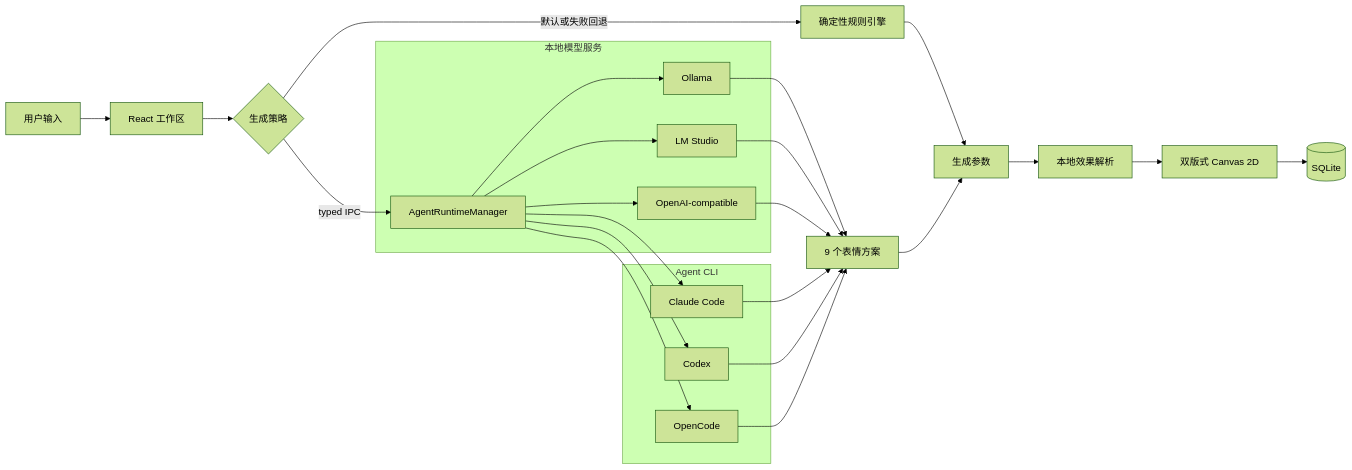
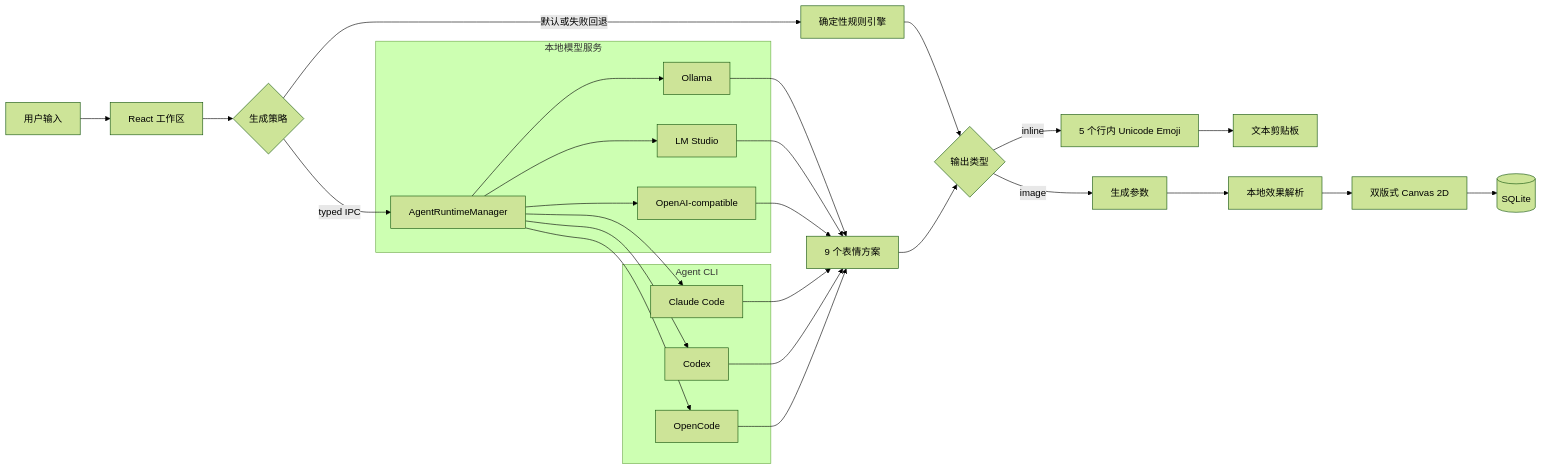
One commit to YangMingSJTU/emoji-pie changed the diagram in docs/TECHNICAL_SOLUTION.md. Above: the diagram before and after it, drawn with Mermaid (forest theme). The commit also changed other lines of this file and 16 other files, not shown here.

Commit message:
Separate inline Emoji from image outputs

````diff
--- a/docs/TECHNICAL_SOLUTION.md
+++ b/docs/TECHNICAL_SOLUTION.md
@@ -16,31 +17,34 @@
 ```mermaid
 flowchart LR
     U["用户输入"] --> R["React 工作区"]
     R --> P{"生成策略"}
     P -->|"默认或失败回退"| F["确定性规则引擎"]
     P -->|"typed IPC"| M["AgentRuntimeManager"]
 
     subgraph LOCAL["本地模型服务"]
         M --> O["Ollama"]
         M --> L["LM Studio"]
         M --> A["OpenAI-compatible"]
     end
 
     subgraph CLI["Agent CLI"]
         M --> C["Claude Code"]
         M --> X["Codex"]
         M --> K["OpenCode"]
     end
 
     O --> V["9 个表情方案"]
     L --> V
     A --> V
     C --> V
     X --> V
     K --> V
-    F --> G["生成参数"]
-    V --> G
+    F --> Q{"输出类型"}
+    V --> Q
+    Q -->|"inline"| I["5 个行内 Unicode Emoji"]
+    I --> T["文本剪贴板"]
+    Q -->|"image"| G["生成参数"]
     G --> E["本地效果解析"]
     E --> D["双版式 Canvas 2D"]
     D --> S[("SQLite")]
 ```
````
